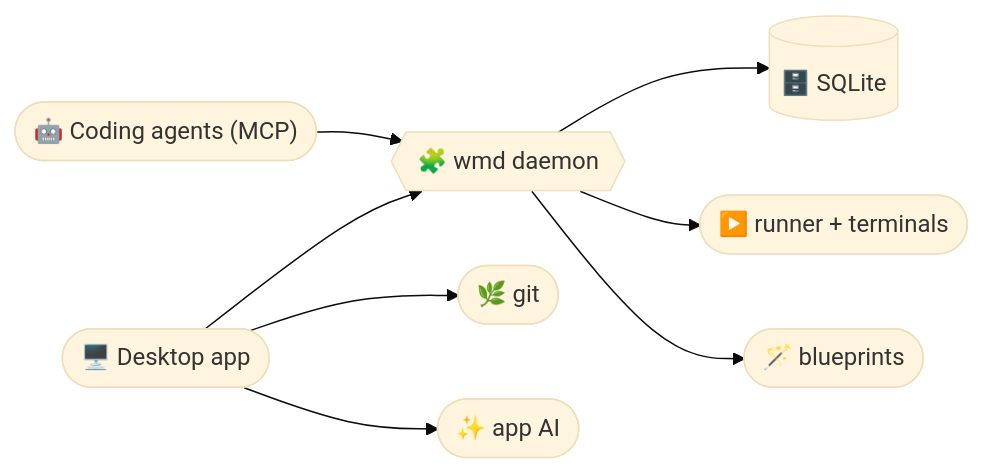
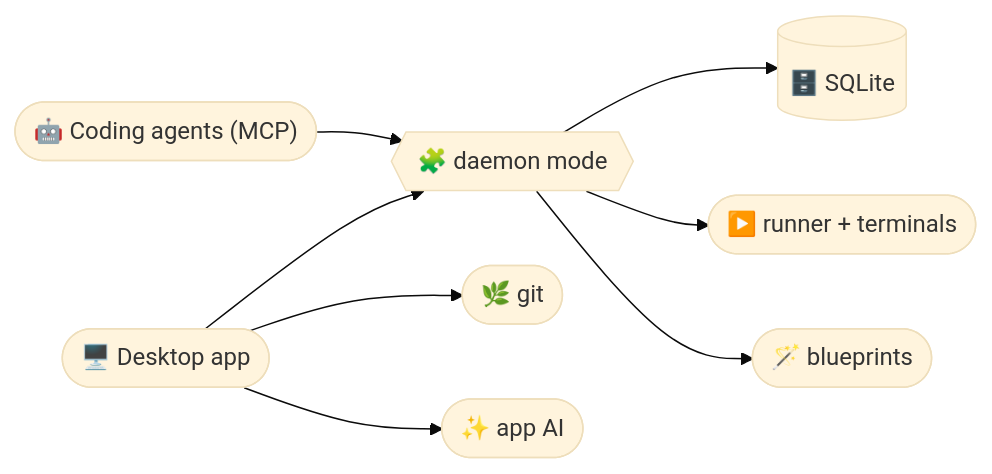
One commit to aliharakeh/workspace-manager changed the diagram in README.md. Above: the diagram before and after it, drawn with Mermaid (base theme). The commit also changed other lines of this file and 34 other files, not shown here.

````diff
--- a/README.md
+++ b/README.md
@@ -26,10 +26,10 @@
 ```mermaid
 flowchart LR
     APP(["🖥️ Desktop app"]) --> D
     AI(["🤖 Coding agents (MCP)"]) --> D
-    D{{"🧩 wmd daemon"}} --> DB[("🗄️ SQLite")]
+    D{{"🧩 daemon mode"}} --> DB[("🗄️ SQLite")]
     D --> R(["▶️ runner + terminals"])
     D --> B(["🪄 blueprints"])
     APP --> G(["🌿 git"])
     APP --> A(["✨ app AI"])
 ```
````
